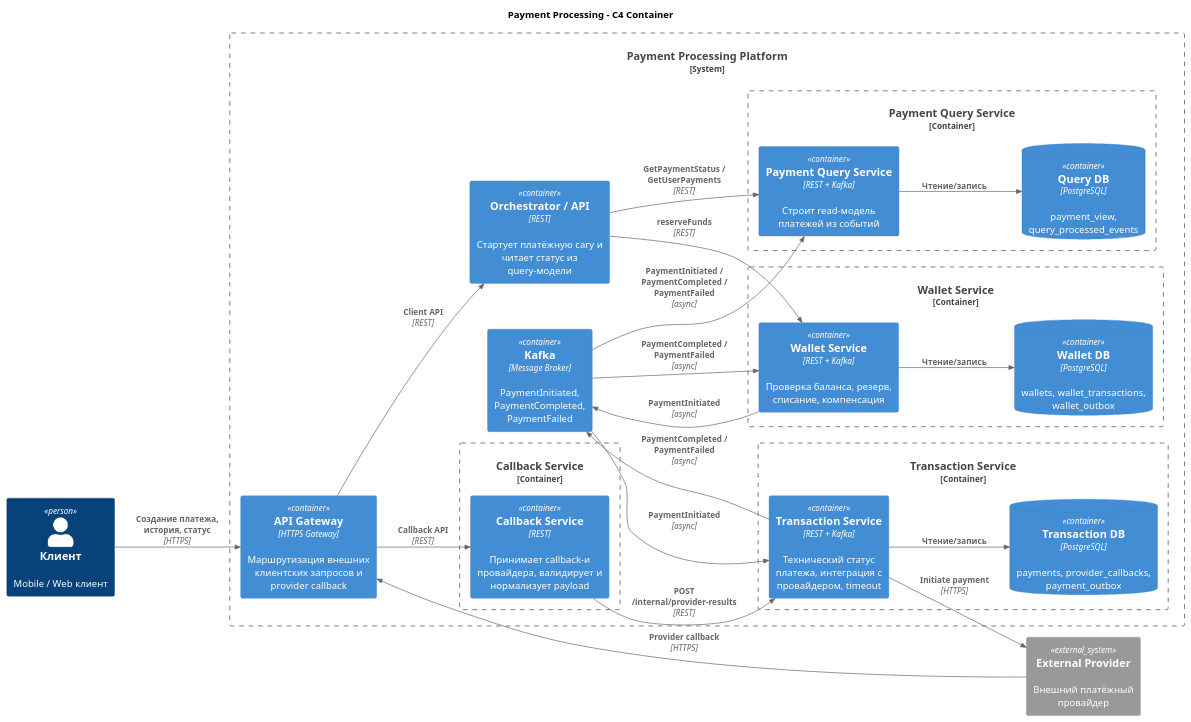
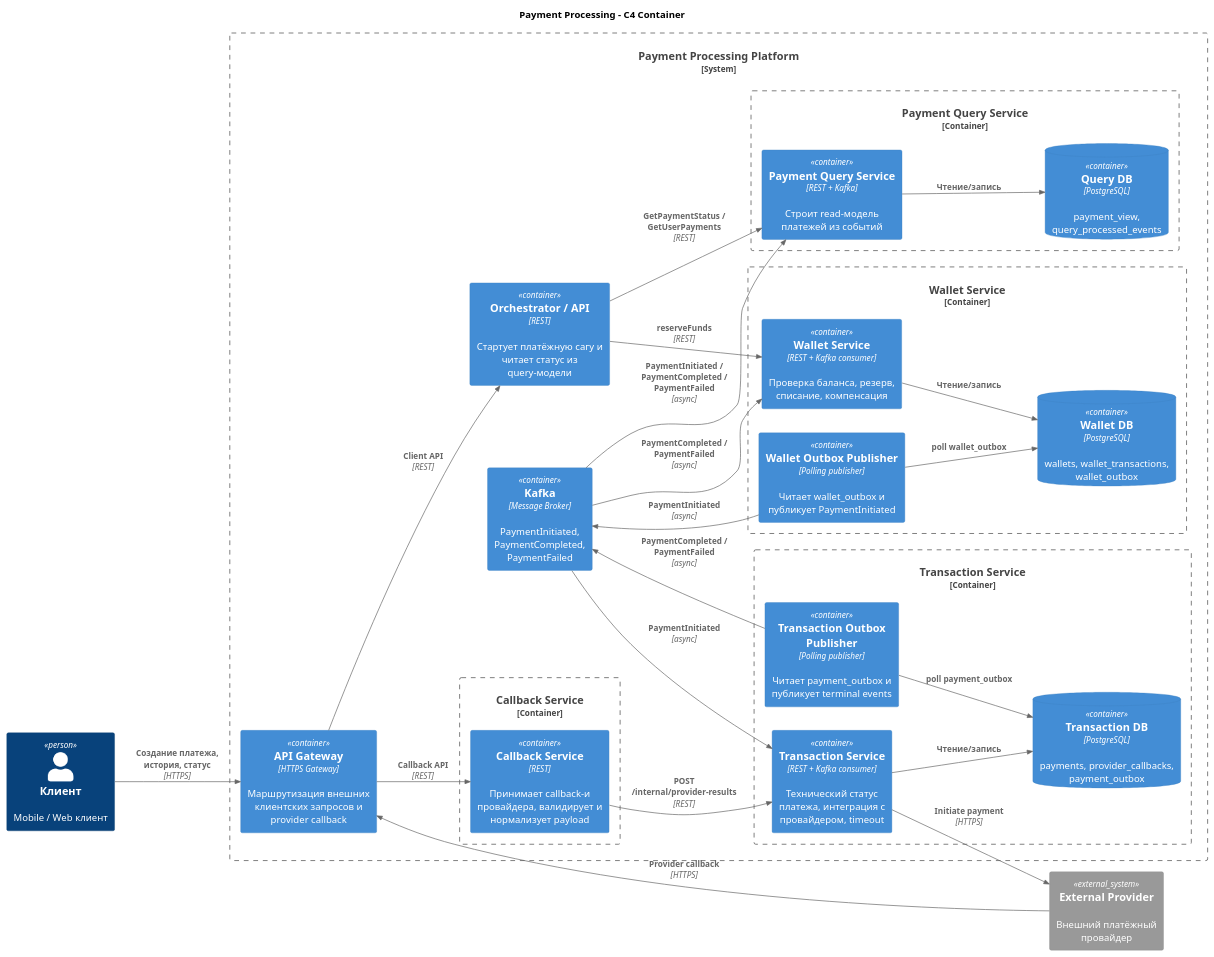
Before and after one commit to ZobovPA/sdia: the diagram in system-design/architecture/diagrams/c4-container.puml, drawn with PlantUML. The commit also changed 6 other files, not shown here.

```diff
--- a/system-design/architecture/diagrams/c4-container.puml
+++ b/system-design/architecture/diagrams/c4-container.puml
@@ -1,59 +1,63 @@
 @startuml
 !include https://raw.githubusercontent.com/plantuml-stdlib/C4-PlantUML/master/C4_Container.puml
 LAYOUT_LEFT_RIGHT()
 
 title Payment Processing - C4 Container
 
 Person(client, "Клиент", "Mobile / Web клиент")
 System_Ext(provider, "External Provider", "Внешний платёжный провайдер")
 
 System_Boundary(paymentPlatform, "Payment Processing Platform") {
   Container(gateway, "API Gateway", "HTTPS Gateway", "Маршрутизация внешних клиентских запросов и provider callback")
   Container(orchestrator, "Orchestrator / API", "REST", "Стартует платёжную сагу и читает статус из query-модели")
 
   Container_Boundary(walletBoundary, "Wallet Service") {
-    Container(walletService, "Wallet Service", "REST + Kafka", "Проверка баланса, резерв, списание, компенсация")
+    Container(walletService, "Wallet Service", "REST + Kafka consumer", "Проверка баланса, резерв, списание, компенсация")
     ContainerDb(walletDb, "Wallet DB", "PostgreSQL", "wallets, wallet_transactions, wallet_outbox")
+    Container(walletOutboxPublisher, "Wallet Outbox Publisher", "Polling publisher", "Читает wallet_outbox и публикует PaymentInitiated")
   }
 
   Container_Boundary(transactionBoundary, "Transaction Service") {
-    Container(transactionService, "Transaction Service", "REST + Kafka", "Технический статус платежа, интеграция с провайдером, timeout")
+    Container(transactionService, "Transaction Service", "REST + Kafka consumer", "Технический статус платежа, интеграция с провайдером, timeout")
     ContainerDb(transactionDb, "Transaction DB", "PostgreSQL", "payments, provider_callbacks, payment_outbox")
+    Container(transactionOutboxPublisher, "Transaction Outbox Publisher", "Polling publisher", "Читает payment_outbox и публикует terminal events")
   }
 
   Container_Boundary(callbackBoundary, "Callback Service") {
     Container(callbackService, "Callback Service", "REST", "Принимает callback-и провайдера, валидирует и нормализует payload")
   }
 
   Container_Boundary(queryBoundary, "Payment Query Service") {
     Container(queryService, "Payment Query Service", "REST + Kafka", "Строит read-модель платежей из событий")
     ContainerDb(queryDb, "Query DB", "PostgreSQL", "payment_view, query_processed_events")
   }
 
   Container(kafka, "Kafka", "Message Broker", "PaymentInitiated, PaymentCompleted, PaymentFailed")
 }
 
 Rel(client, gateway, "Создание платежа, история, статус", "HTTPS")
 Rel(provider, gateway, "Provider callback", "HTTPS")
 
 Rel(gateway, orchestrator, "Client API", "REST")
 Rel(gateway, callbackService, "Callback API", "REST")
 
 Rel(orchestrator, walletService, "reserveFunds", "REST")
 Rel(orchestrator, queryService, "GetPaymentStatus / GetUserPayments", "REST")
 
 Rel(walletService, walletDb, "Чтение/запись")
-Rel(walletService, kafka, "PaymentInitiated", "async")
+Rel(walletOutboxPublisher, walletDb, "poll wallet_outbox")
+Rel(walletOutboxPublisher, kafka, "PaymentInitiated", "async")
 
 Rel(kafka, transactionService, "PaymentInitiated", "async")
 Rel(kafka, walletService, "PaymentCompleted / PaymentFailed", "async")
 Rel(kafka, queryService, "PaymentInitiated / PaymentCompleted / PaymentFailed", "async")
 
 Rel(transactionService, transactionDb, "Чтение/запись")
 Rel(transactionService, provider, "Initiate payment", "HTTPS")
 Rel(callbackService, transactionService, "POST /internal/provider-results", "REST")
-Rel(transactionService, kafka, "PaymentCompleted / PaymentFailed", "async")
+Rel(transactionOutboxPublisher, transactionDb, "poll payment_outbox")
+Rel(transactionOutboxPublisher, kafka, "PaymentCompleted / PaymentFailed", "async")
 
 Rel(queryService, queryDb, "Чтение/запись")
 
 @enduml
```
